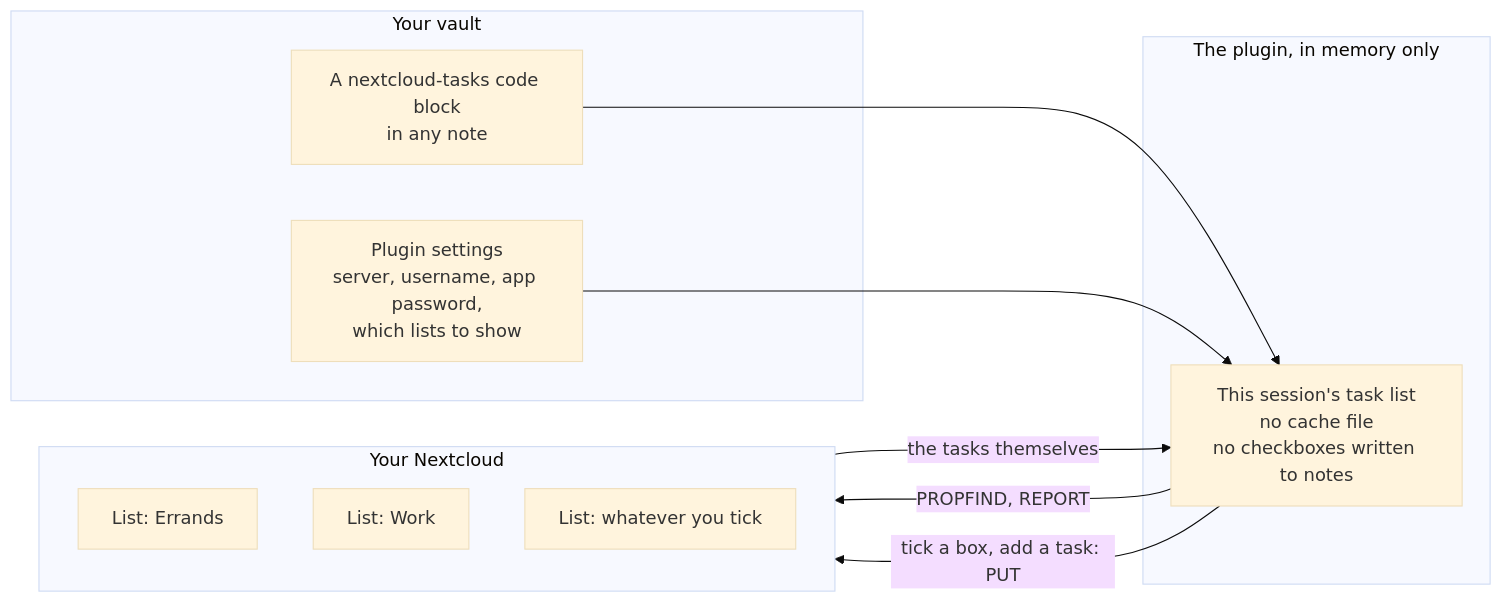
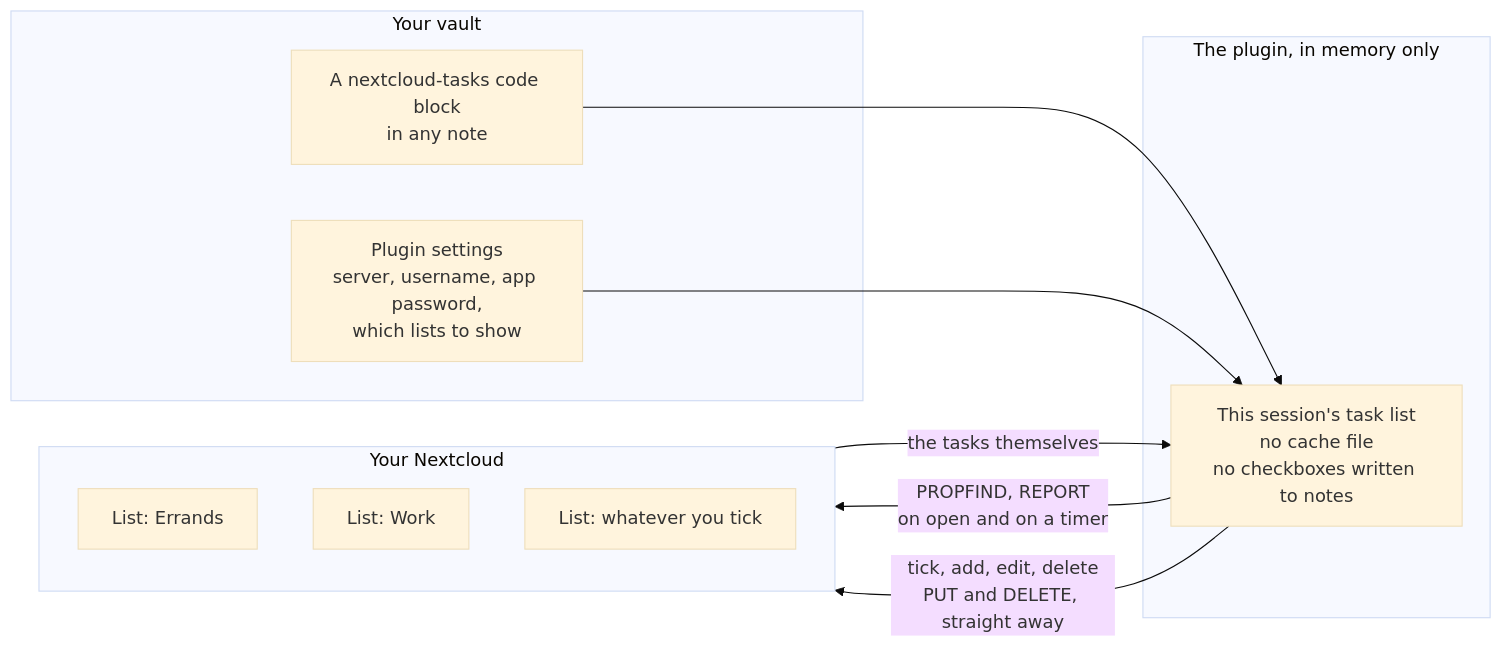
One commit to JUNSKIx1/obsidian-nextcloud-tasks changed the diagram in README.md. Above: the diagram before and after it, drawn with Mermaid (base theme). The commit also changed other lines of this file and 12 other files, not shown here.

````diff
--- a/README.md
+++ b/README.md
@@ -12,23 +16,23 @@
 ```mermaid
 flowchart LR
   subgraph vault["Your vault"]
     B["A nextcloud-tasks code block<br/>in any note"]
     S["Plugin settings<br/>server, username, app password,<br/>which lists to show"]
   end
 
   subgraph mem["The plugin, in memory only"]
     M["This session's task list<br/>no cache file<br/>no checkboxes written to notes"]
   end
 
   subgraph nc["Your Nextcloud"]
     L1["List: Errands"]
     L2["List: Work"]
     L3["List: whatever you tick"]
   end
 
   B --> M
   S --> M
-  M -- "PROPFIND, REPORT" --> nc
+  M -- "PROPFIND, REPORT<br/>on open and on a timer" --> nc
   nc -- "the tasks themselves" --> M
-  M -- "tick a box, add a task: PUT" --> nc
+  M -- "tick, add, edit, delete<br/>PUT and DELETE, straight away" --> nc
 ```
````
